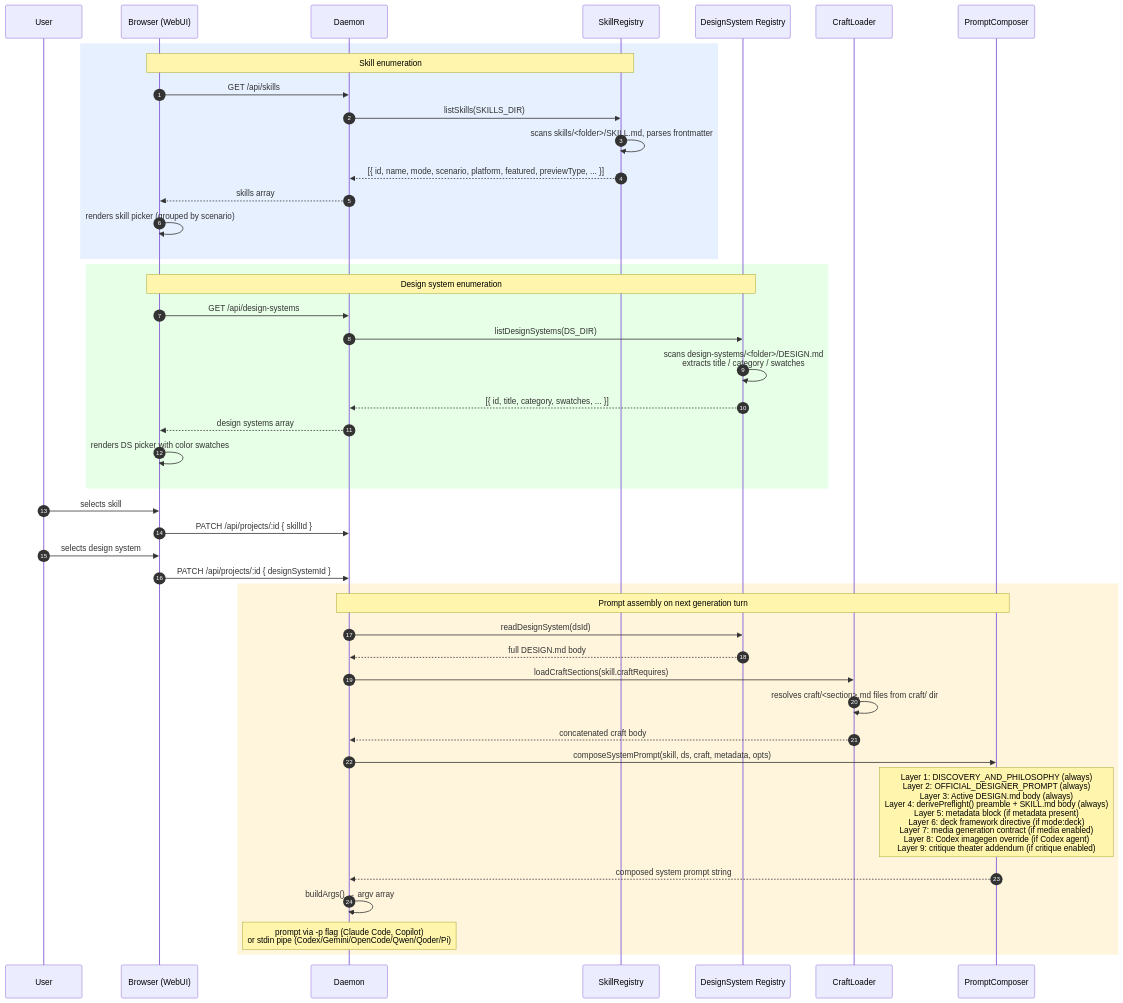
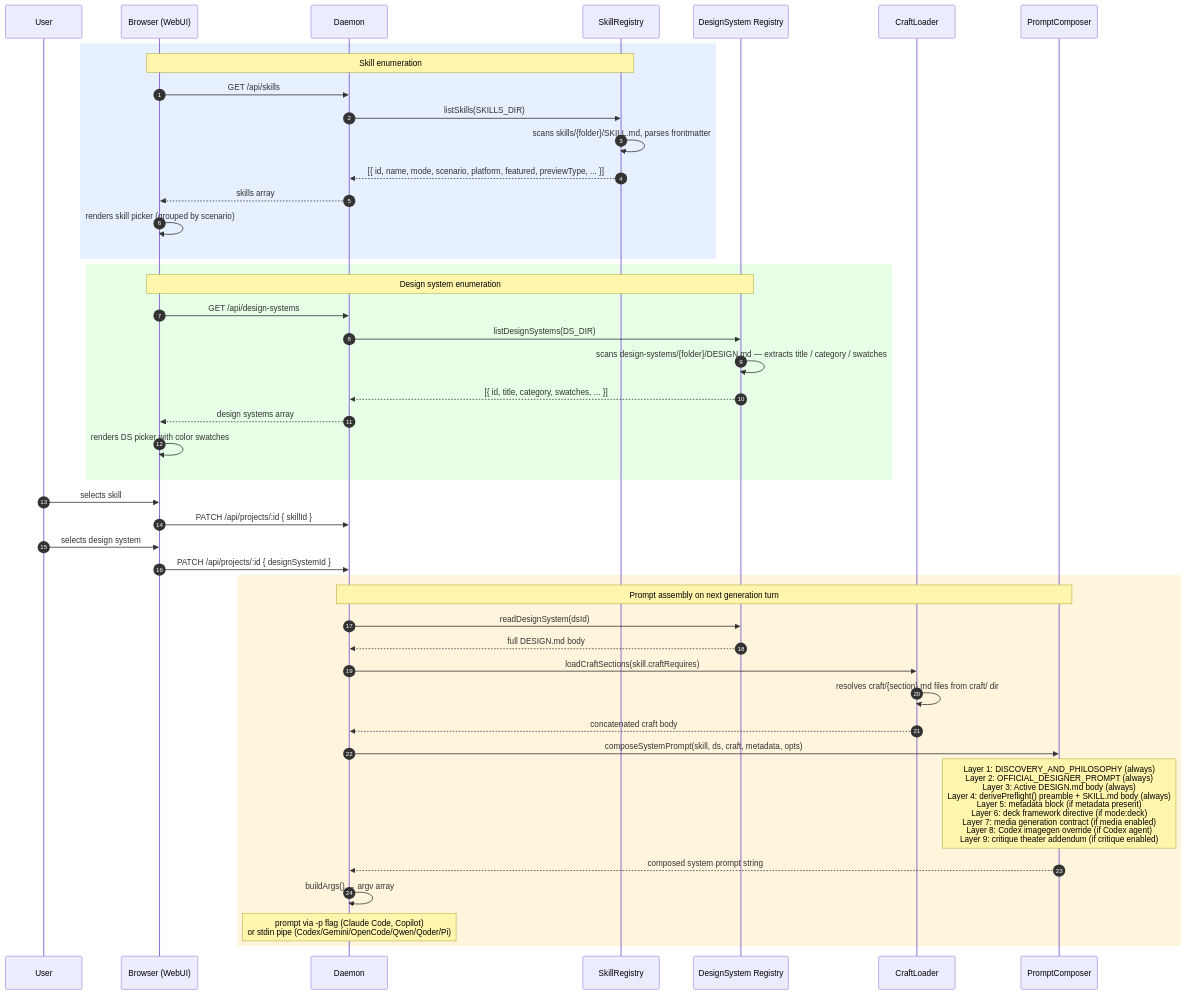
The diagram in backend/open-design-sd-06-skill-selection.mmd (MinhTuan2405/opendesign_exploration), drawn with Mermaid before and after one commit. The commit also changed 17 other files, not shown here.

```diff
--- a/backend/open-design-sd-06-skill-selection.mmd
+++ b/backend/open-design-sd-06-skill-selection.mmd
@@ -1,50 +1,50 @@
 sequenceDiagram
     autonumber
     participant User
     participant Browser as Browser (WebUI)
     participant Daemon
     participant SkillRegistry
     participant DSRegistry as DesignSystem Registry
     participant CraftLoader
     participant PromptComposer
 
     rect rgb(230, 240, 255)
         Note over Browser,SkillRegistry: Skill enumeration
         Browser->>Daemon: GET /api/skills
         Daemon->>SkillRegistry: listSkills(SKILLS_DIR)
-        SkillRegistry->>SkillRegistry: scans skills/<folder>/SKILL.md, parses frontmatter
+        SkillRegistry->>SkillRegistry: scans skills/{folder}/SKILL.md, parses frontmatter
         SkillRegistry-->>Daemon: [{ id, name, mode, scenario, platform, featured, previewType, ... }]
         Daemon-->>Browser: skills array
         Browser->>Browser: renders skill picker (grouped by scenario)
     end
 
     rect rgb(230, 255, 230)
         Note over Browser,DSRegistry: Design system enumeration
         Browser->>Daemon: GET /api/design-systems
         Daemon->>DSRegistry: listDesignSystems(DS_DIR)
-        DSRegistry->>DSRegistry: scans design-systems/<folder>/DESIGN.md<br/>extracts title / category / swatches
+        DSRegistry->>DSRegistry: scans design-systems/{folder}/DESIGN.md — extracts title / category / swatches
         DSRegistry-->>Daemon: [{ id, title, category, swatches, ... }]
         Daemon-->>Browser: design systems array
         Browser->>Browser: renders DS picker with color swatches
     end
 
     User->>Browser: selects skill
     Browser->>Daemon: PATCH /api/projects/:id { skillId }
     User->>Browser: selects design system
     Browser->>Daemon: PATCH /api/projects/:id { designSystemId }
 
     rect rgb(255, 245, 220)
         Note over Daemon,PromptComposer: Prompt assembly on next generation turn
         Daemon->>DSRegistry: readDesignSystem(dsId)
         DSRegistry-->>Daemon: full DESIGN.md body
         Daemon->>CraftLoader: loadCraftSections(skill.craftRequires)
-        CraftLoader->>CraftLoader: resolves craft/<section>.md files from craft/ dir
+        CraftLoader->>CraftLoader: resolves craft/{section}.md files from craft/ dir
         CraftLoader-->>Daemon: concatenated craft body
 
         Daemon->>PromptComposer: composeSystemPrompt(skill, ds, craft, metadata, opts)
         Note over PromptComposer: Layer 1: DISCOVERY_AND_PHILOSOPHY (always)<br/>Layer 2: OFFICIAL_DESIGNER_PROMPT (always)<br/>Layer 3: Active DESIGN.md body (always)<br/>Layer 4: derivePreflight() preamble + SKILL.md body (always)<br/>Layer 5: metadata block (if metadata present)<br/>Layer 6: deck framework directive (if mode:deck)<br/>Layer 7: media generation contract (if media enabled)<br/>Layer 8: Codex imagegen override (if Codex agent)<br/>Layer 9: critique theater addendum (if critique enabled)
         PromptComposer-->>Daemon: composed system prompt string
 
         Daemon->>Daemon: buildArgs() → argv array
         Note over Daemon: prompt via -p flag (Claude Code, Copilot)<br/>or stdin pipe (Codex/Gemini/OpenCode/Qwen/Qoder/Pi)
     end
```
